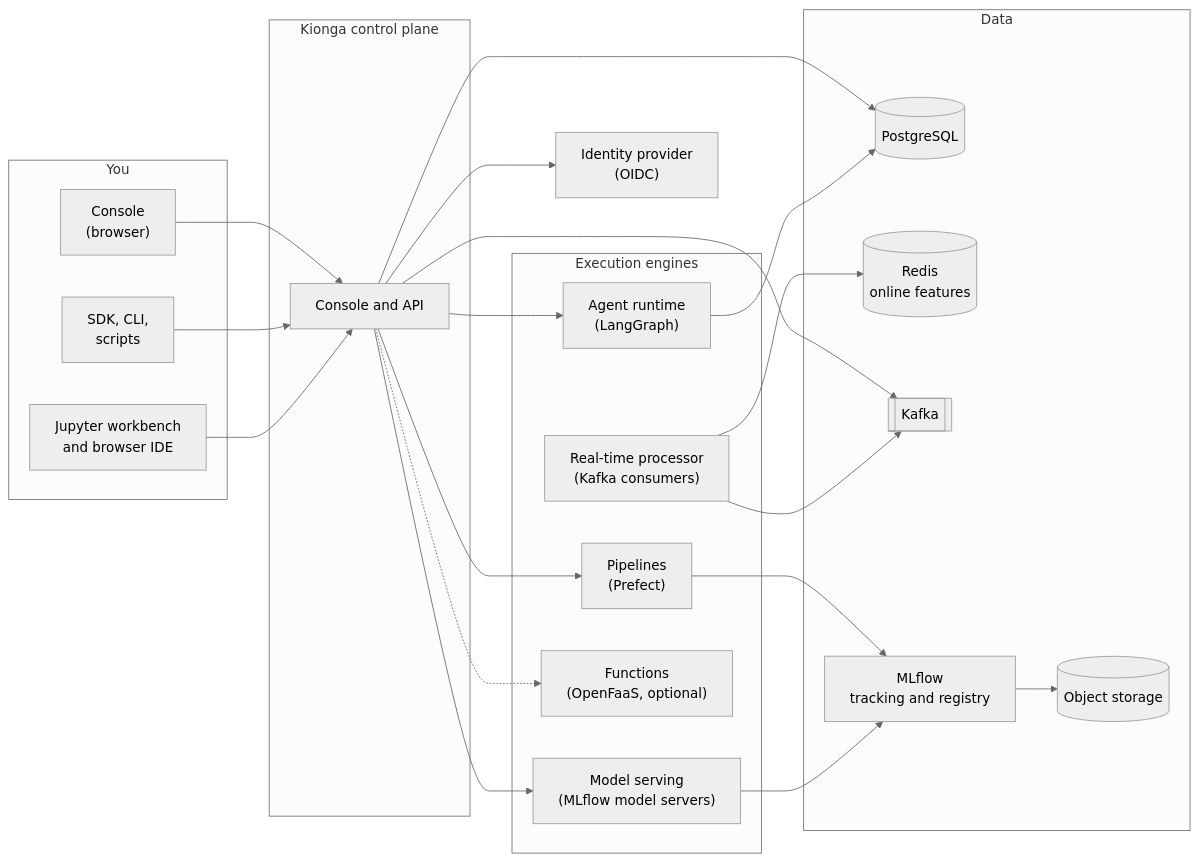
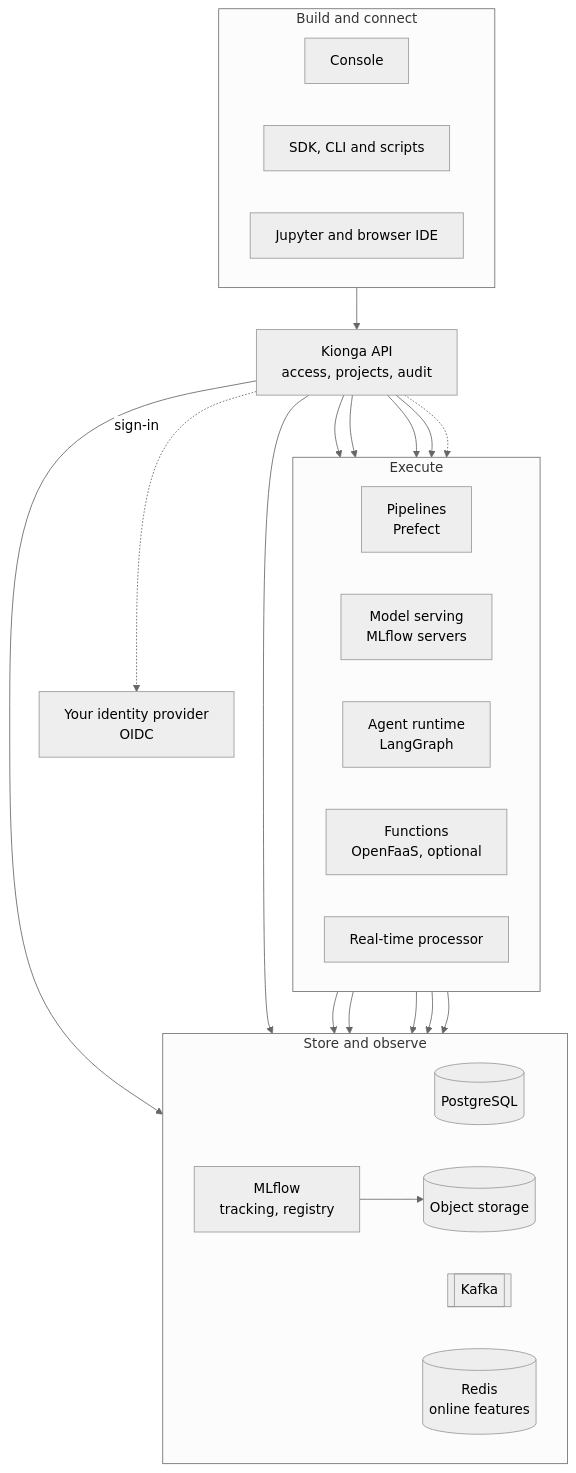
Before and after one commit to kiongahq/docs: the diagram in docs/concepts/how-it-works.md, drawn with Mermaid (neutral theme). The commit also changed 8 other files, not shown here.

First line of the commit message:
Docs/mermaid design polish (#63)

````diff
--- a/docs/concepts/how-it-works.md
+++ b/docs/concepts/how-it-works.md
@@ -17,47 +17,53 @@
 ```mermaid
-flowchart LR
-    subgraph clients["You"]
-        console["Console<br/>(browser)"]
-        code["SDK, CLI,<br/>scripts"]
-        ws["Jupyter workbench<br/>and browser IDE"]
+flowchart TB
+    accTitle: How Kionga works
+    accDescr: Consoles, the SDK and workspaces call one Kionga API. The API checks identity with your OIDC provider, then hands work to pipelines, model serving, agents, functions and the real-time processor, which keep their state in PostgreSQL, Kafka, Redis, MLflow and object storage.
+
+    %% 01 entry points
+    subgraph clients["Build and connect"]
+        direction LR
+        console["Console"]
+        code["SDK, CLI and scripts"]
+        ws["Jupyter and browser IDE"]
     end
 
-    subgraph kionga["Kionga control plane"]
-        api["Console and API"]
+    %% 02 the platform core
+    api["Kionga API<br/>access, projects, audit"]
+    idp["Your identity provider<br/>OIDC"]
+
+    %% 03 engines
+    subgraph engines["Execute"]
+        direction LR
+        prefect["Pipelines<br/>Prefect"]
+        serving["Model serving<br/>MLflow servers"]
+        agents["Agent runtime<br/>LangGraph"]
+        functions["Functions<br/>OpenFaaS, optional"]
+        stream["Real-time processor"]
     end
 
-    subgraph engines["Execution engines"]
-        prefect["Pipelines<br/>(Prefect)"]
-        serving["Model serving<br/>(MLflow model servers)"]
-        agents["Agent runtime<br/>(LangGraph)"]
-        functions["Functions<br/>(OpenFaaS, optional)"]
-        stream["Real-time processor<br/>(Kafka consumers)"]
+    %% 04 state
+    subgraph data["Store and observe"]
+        direction LR
+        pg[("PostgreSQL")]
+        kafka[["Kafka"]]
+        redis[("Redis<br/>online features")]
+        mlflow["MLflow<br/>tracking, registry"]
+        obj[("Object storage")]
     end
 
-    subgraph data["Data"]
-        pg[("PostgreSQL")]
-        obj[("Object storage")]
-        redis[("Redis<br/>online features")]
-        kafka[["Kafka"]]
-        mlflow["MLflow<br/>tracking and registry"]
-    end
-
-    idp["Identity provider<br/>(OIDC)"]
-
-    console --> api
-    code --> api
-    ws --> api
-    api --> idp
-    api --> prefect
-    api --> serving
-    api --> agents
+    clients --> api
+    api -. sign-in .-> idp
+    api --> prefect & serving & agents & stream
     api -.-> functions
-    api --> pg
-    api --> kafka
+    api --> pg & kafka
     prefect --> mlflow
     serving --> mlflow
     agents --> pg
-    stream --> kafka
-    stream --> redis
+    stream --> kafka & redis
     mlflow --> obj
+
+    class api core
+    class pg,kafka,redis,mlflow,obj data
+    class prefect,serving,agents,functions,stream runtime
+    class idp external
 ```
````
